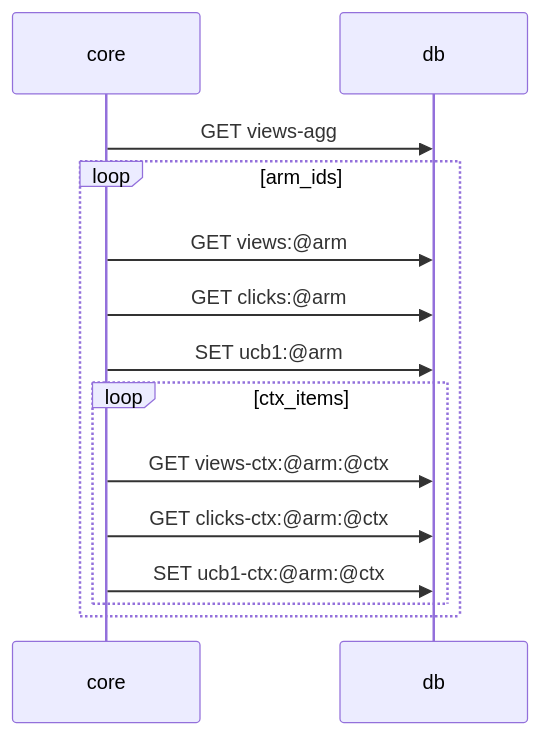
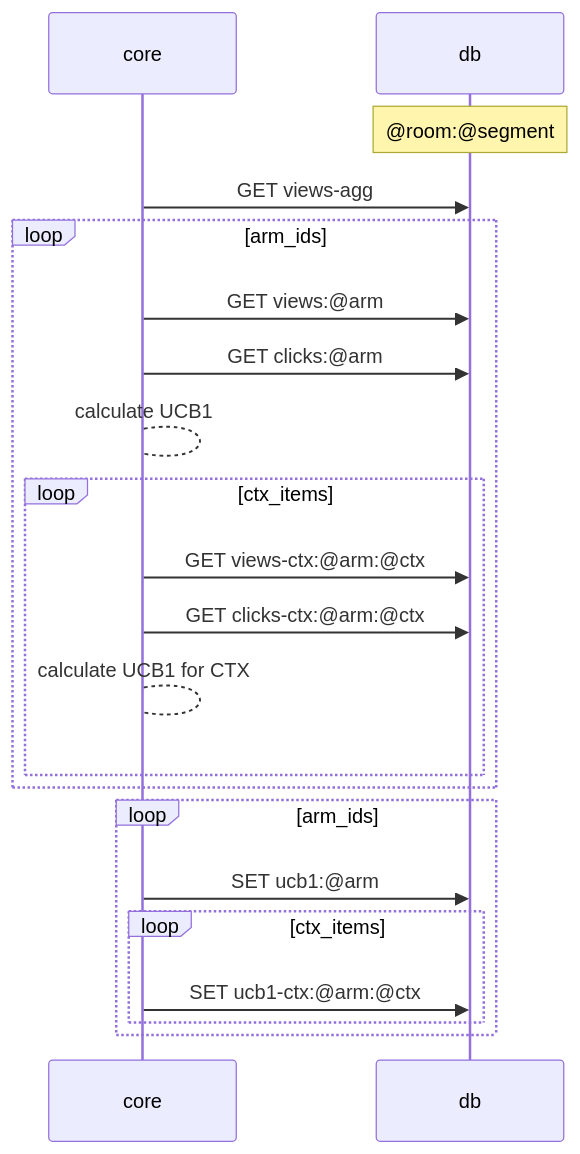
Before and after one commit to mobarski/kraken: the second of 3 diagrams in README.md, drawn with Mermaid. The commit also changed other lines of this file, not shown here.

````diff
--- a/README.md
+++ b/README.md
@@ -75,18 +92,28 @@
 ```mermaid
 sequenceDiagram
+
+participant core
+participant db
+note over db : @room:@segment
 
 core ->> db : GET views-agg
 
 loop arm_ids
 core ->> db : GET views:@arm
 core ->> db : GET clicks:@arm
-core ->> db : SET ucb1:@arm
-
+core --> core : calculate UCB1
 loop ctx_items
 core ->> db : GET views-ctx:@arm:@ctx
 core ->> db : GET clicks-ctx:@arm:@ctx
+core --> core : calculate UCB1 for CTX
+end
+end
+
+loop arm_ids
+core ->> db : SET ucb1:@arm
+loop ctx_items
 core ->> db : SET ucb1-ctx:@arm:@ctx
 end
+end
 
-end
 ```
````
